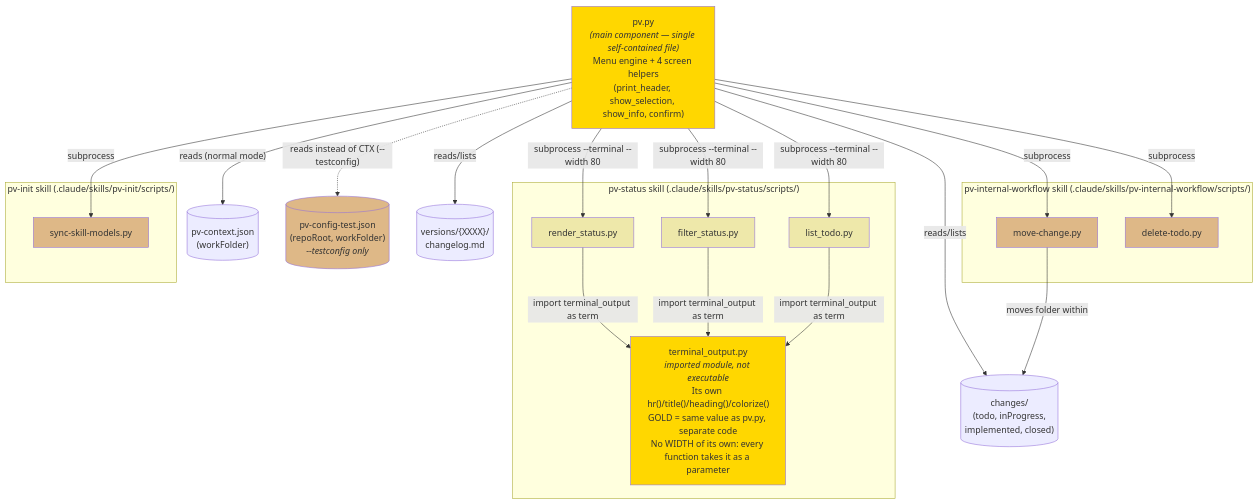
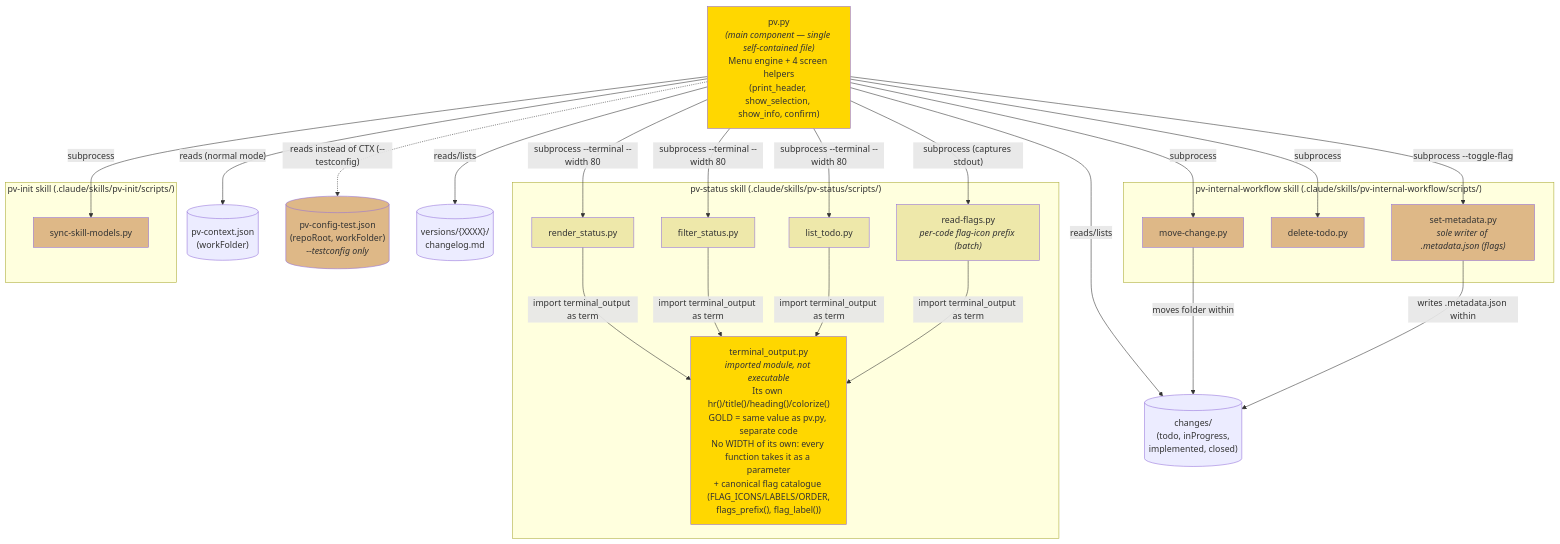
The second of 2 diagrams in .claude/pv-doc/pv-design-onescript/pv-design-onescript.en.md (yeyopepe/previo-sdd), drawn with Mermaid before and after one commit. The commit also changed other lines of this file and 28 other files, not shown here.

````diff
--- a/.claude/pv-doc/pv-design-onescript/pv-design-onescript.en.md
+++ b/.claude/pv-doc/pv-design-onescript/pv-design-onescript.en.md
@@ -193,52 +203,60 @@
 ```mermaid
 graph TD
     PV["pv.py<br/><i>(main component — single self-contained file)</i><br/>Menu engine + 4 screen helpers<br/>(print_header, show_selection, show_info, confirm)"]
 
     subgraph SKILL_STATUS ["pv-status skill (.claude/skills/pv-status/scripts/)"]
-        TO["terminal_output.py<br/><i>imported module, not executable</i><br/>Its own hr()/title()/heading()/colorize()<br/>GOLD = same value as pv.py, separate code<br/>No WIDTH of its own: every function takes it as a parameter"]
+        TO["terminal_output.py<br/><i>imported module, not executable</i><br/>Its own hr()/title()/heading()/colorize()<br/>GOLD = same value as pv.py, separate code<br/>No WIDTH of its own: every function takes it as a parameter<br/>+ canonical flag catalogue (FLAG_ICONS/LABELS/ORDER,<br/>flags_prefix(), flag_label())"]
         RS["render_status.py"]
         FS["filter_status.py"]
         LT["list_todo.py"]
+        RF["read-flags.py<br/><i>per-code flag-icon prefix (batch)</i>"]
 
         RS -->|import terminal_output as term| TO
         FS -->|import terminal_output as term| TO
         LT -->|import terminal_output as term| TO
+        RF -->|import terminal_output as term| TO
     end
 
     subgraph SKILL_WORKFLOW ["pv-internal-workflow skill (.claude/skills/pv-internal-workflow/scripts/)"]
         MC["move-change.py"]
         DT["delete-todo.py"]
+        SM["set-metadata.py<br/><i>sole writer of .metadata.json (flags)</i>"]
     end
 
     subgraph SKILL_INIT ["pv-init skill (.claude/skills/pv-init/scripts/)"]
         SSM["sync-skill-models.py"]
     end
 
     CTX[("pv-context.json<br/>(workFolder)")]
     TESTCFG[("pv-config-test.json<br/>(repoRoot, workFolder)<br/><i>--testconfig only</i>")]
     CHANGES[("changes/<br/>(todo, inProgress,<br/>implemented, closed)")]
     VERSIONS[("versions/{XXXX}/<br/>changelog.md")]
 
     PV -->|"subprocess --terminal --width 80"| RS
     PV -->|"subprocess --terminal --width 80"| FS
     PV -->|"subprocess --terminal --width 80"| LT
+    PV -->|"subprocess (captures stdout)"| RF
     PV -->|"subprocess"| MC
     PV -->|"subprocess"| DT
+    PV -->|"subprocess --toggle-flag"| SM
     PV -->|"subprocess"| SSM
 
     PV -->|"reads (normal mode)"| CTX
     PV -.->|"reads instead of CTX (--testconfig)"| TESTCFG
     PV -->|reads/lists| CHANGES
     PV -->|reads/lists| VERSIONS
     MC -->|moves folder within| CHANGES
+    SM -->|writes .metadata.json within| CHANGES
 
     style PV fill:#FFD700
     style TO fill:#FFD700
     style RS fill:#EEE8AA
     style FS fill:#EEE8AA
     style LT fill:#EEE8AA
+    style RF fill:#EEE8AA
     style MC fill:#DEB887
     style DT fill:#DEB887
+    style SM fill:#DEB887
     style SSM fill:#DEB887
     style TESTCFG fill:#DEB887
 ```
````
